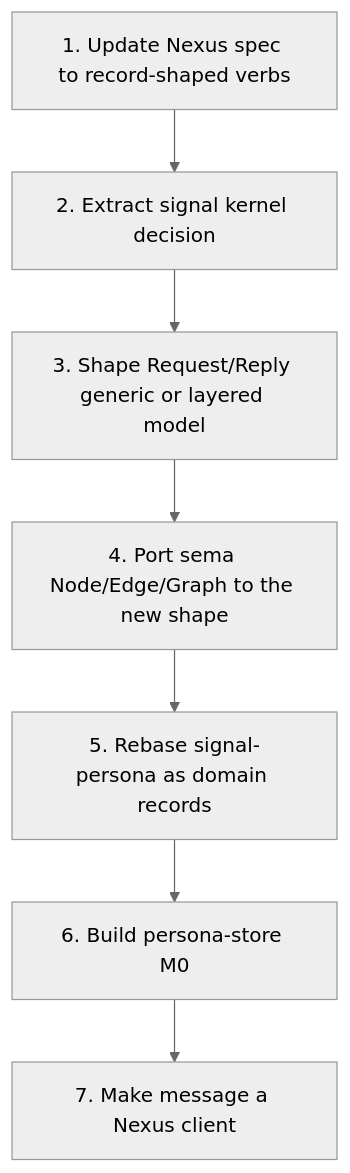
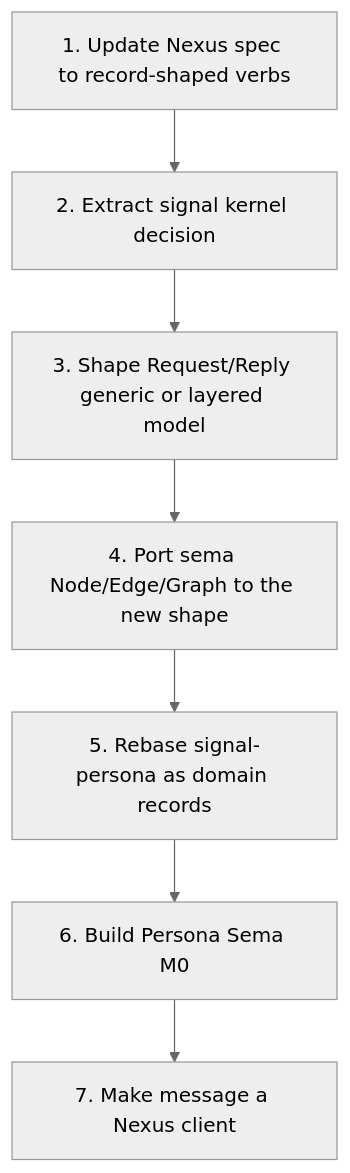
One commit to LiGoldragon/primary changed diagram 13 of 13 in reports/operator/12-universal-message-implementation.md. Above: the diagram before and after it, drawn with Mermaid (neutral theme). The commit also changed other lines of this file, not shown here.

Commit message:
amend universal message report for sema pivot

````diff
--- a/reports/operator/12-universal-message-implementation.md
+++ b/reports/operator/12-universal-message-implementation.md
@@ -357,12 +421,12 @@
 ```mermaid
 flowchart TD
     spec["1. Update Nexus spec to record-shaped verbs"]
     kernel["2. Extract signal kernel decision"]
     request["3. Shape Request/Reply generic or layered model"]
     sema["4. Port sema Node/Edge/Graph to the new shape"]
     persona["5. Rebase signal-persona as domain records"]
-    store["6. Build persona-store M0"]
+    store["6. Build Persona Sema M0"]
     gateway["7. Make message a Nexus client"]
 
     spec --> kernel --> request --> sema --> persona --> store --> gateway
 ```
````
